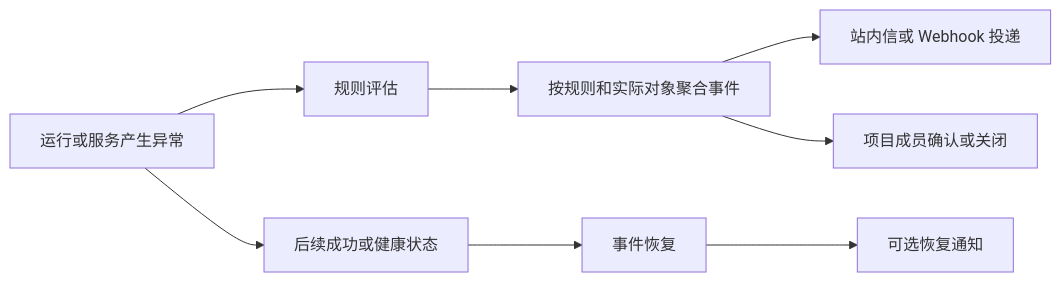
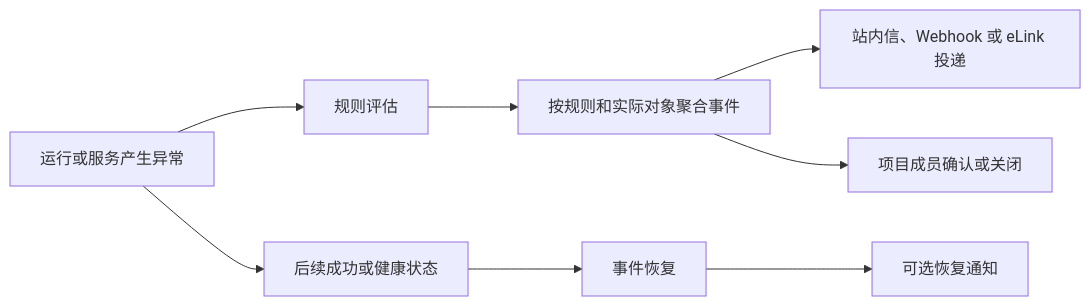
The first of 2 diagrams in docs/使用/功能模块/13-统一告警中心.md (wdragondragon/data-aggregation-studio), drawn with Mermaid before and after one commit. The commit also changed other lines of this file and 3 other files, not shown here.

````diff
--- a/docs/使用/功能模块/13-统一告警中心.md
+++ b/docs/使用/功能模块/13-统一告警中心.md
@@ -11,10 +11,10 @@
 ```mermaid
 flowchart LR
     A[运行或服务产生异常] --> B[规则评估]
     B --> C[按规则和实际对象聚合事件]
-    C --> D[站内信或 Webhook 投递]
+    C --> D[站内信、Webhook 或 eLink 投递]
     C --> E[项目成员确认或关闭]
     A --> F[后续成功或健康状态]
     F --> G[事件恢复]
     G --> H[可选恢复通知]
 ```
````
